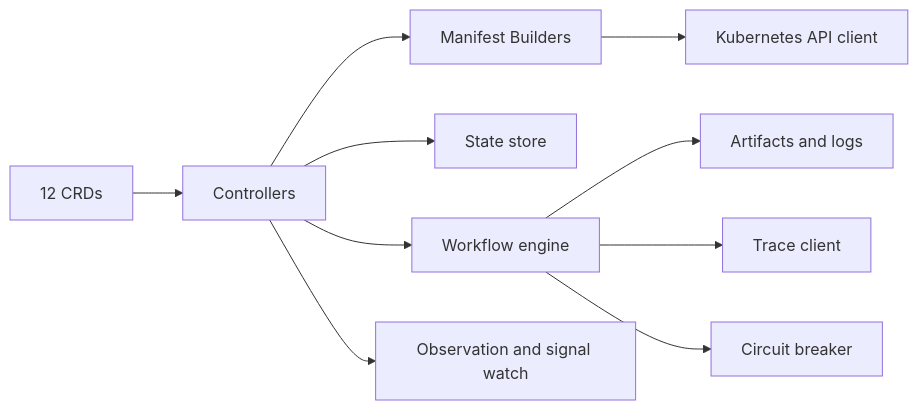
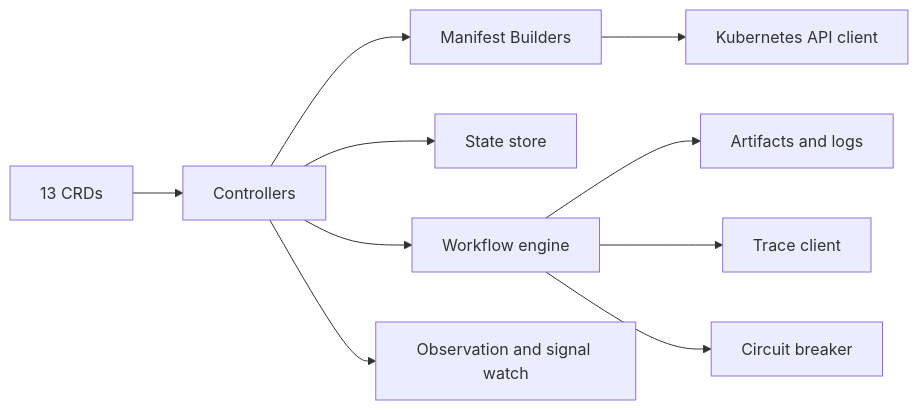
One commit to ykbytes/kubesynapse.ai changed the diagram in operator/README.md. Above: the diagram before and after it, drawn with Mermaid. The commit also changed other lines of this file and 19 other files, not shown here.

````diff
--- a/operator/README.md
+++ b/operator/README.md
@@ -22,12 +22,12 @@
 ```mermaid
 flowchart LR
-    CRD[12 CRDs] --> CTRL[Controllers]
+    CRD[13 CRDs] --> CTRL[Controllers]
     CTRL --> BUILD[Manifest Builders]
     BUILD --> K8S[Kubernetes API client]
     CTRL --> STATE[State store]
     CTRL --> WORKER[Workflow engine]
     CTRL --> OBS[Observation and signal watch]
     WORKER --> ART[Artifacts and logs]
     WORKER --> TRACE[Trace client]
     WORKER --> CB[Circuit breaker]
 ```
````
